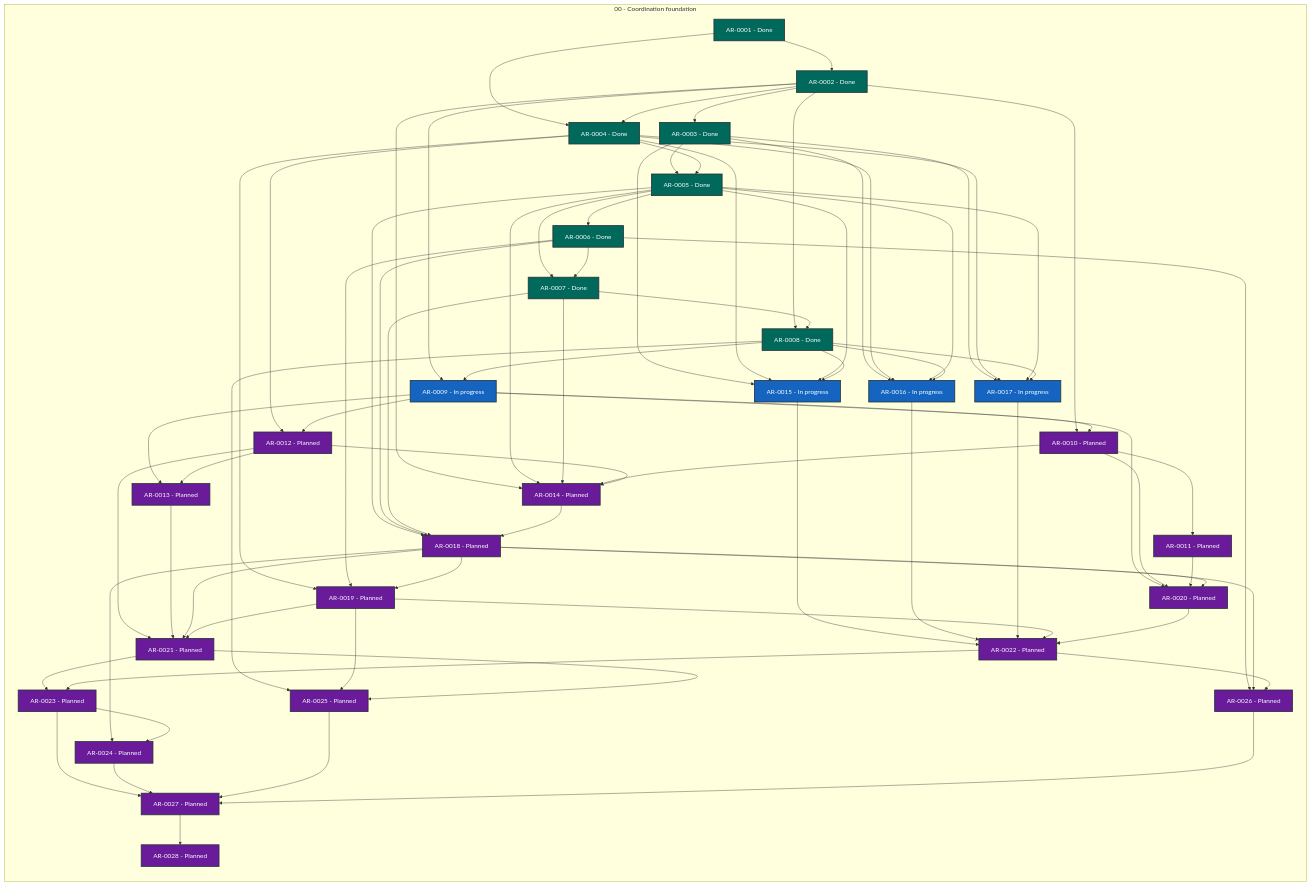
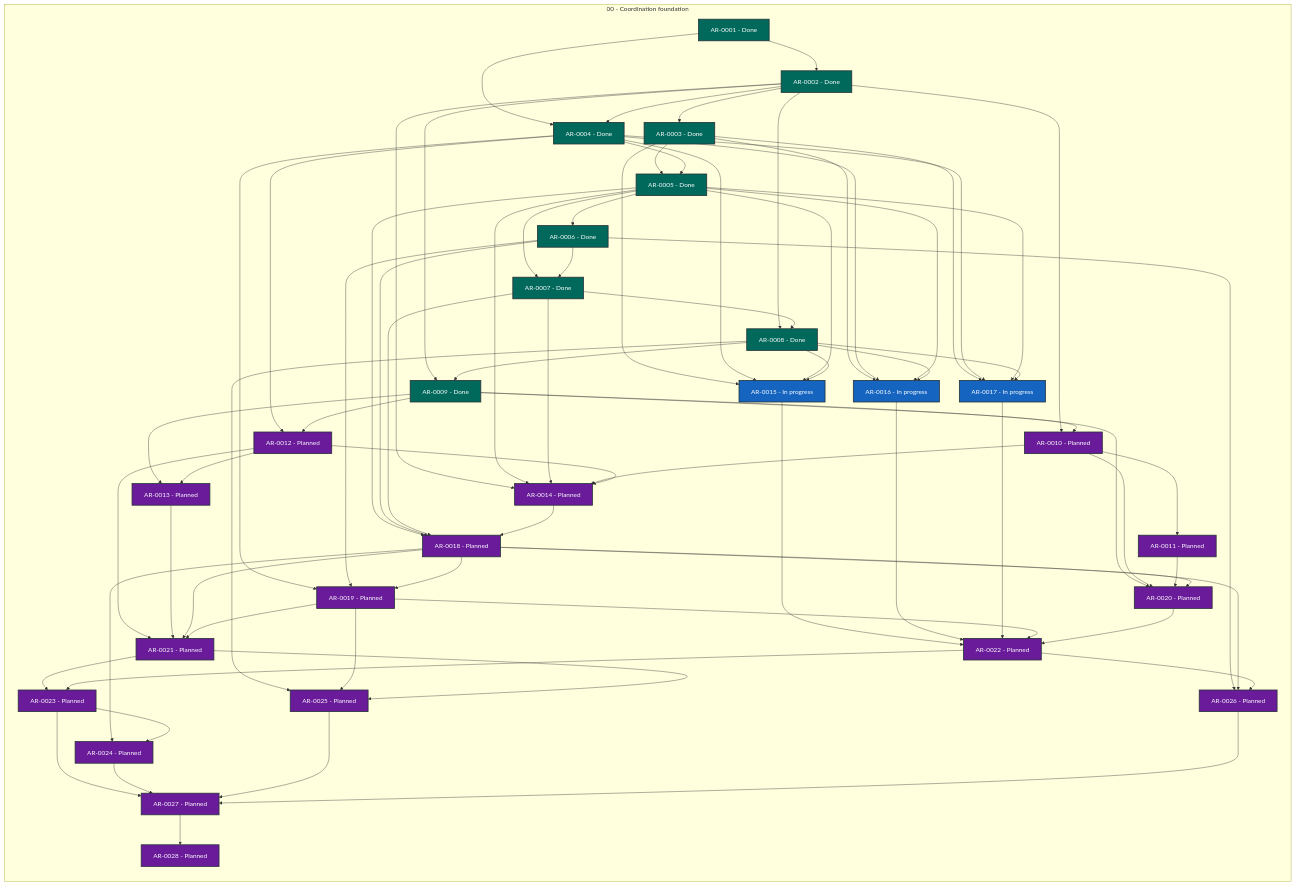
Before and after one commit to martin-beck/agent-workflow-runtime-state: the diagram in STATUS.md, drawn with Mermaid. The commit also changed other lines of this file and 2 other files, not shown here.

```diff
--- a/STATUS.md
+++ b/STATUS.md
@@ -36,7 +36,7 @@
         AR_0006["AR-0006 - Done"]:::status_done
         AR_0007["AR-0007 - Done"]:::status_done
         AR_0008["AR-0008 - Done"]:::status_done
-        AR_0009["AR-0009 - In progress"]:::status_in_progress
+        AR_0009["AR-0009 - Done"]:::status_done
         AR_0010["AR-0010 - Planned"]:::status_planned
         AR_0011["AR-0011 - Planned"]:::status_planned
         AR_0012["AR-0012 - Planned"]:::status_planned
```
